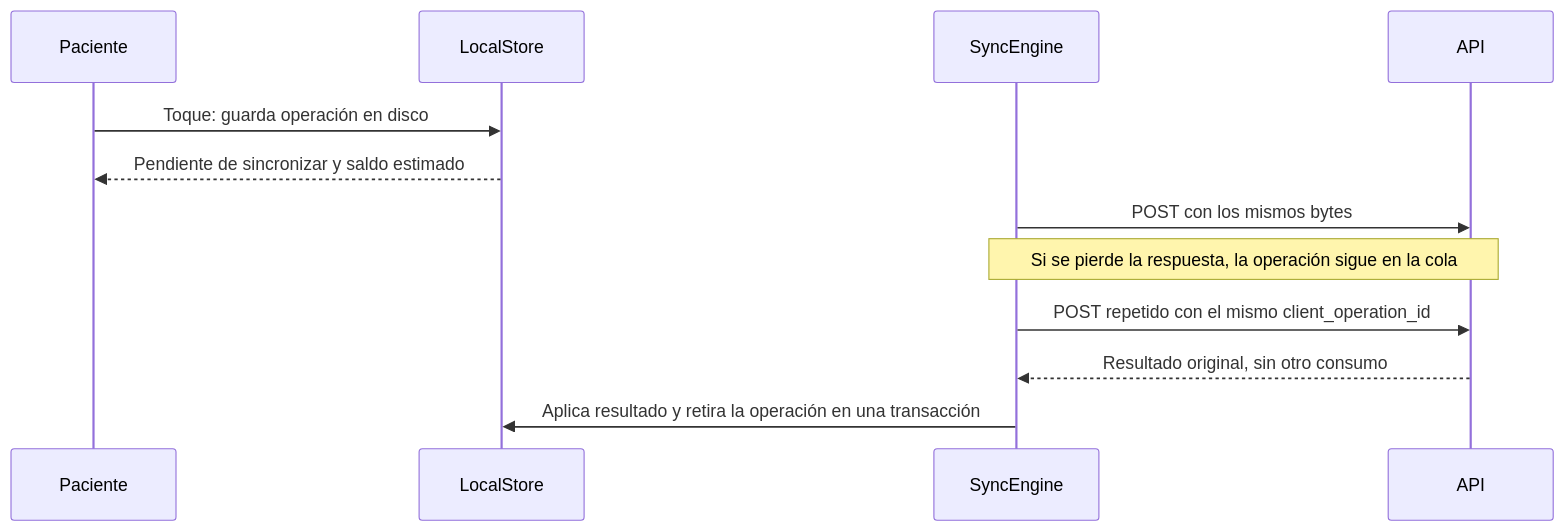
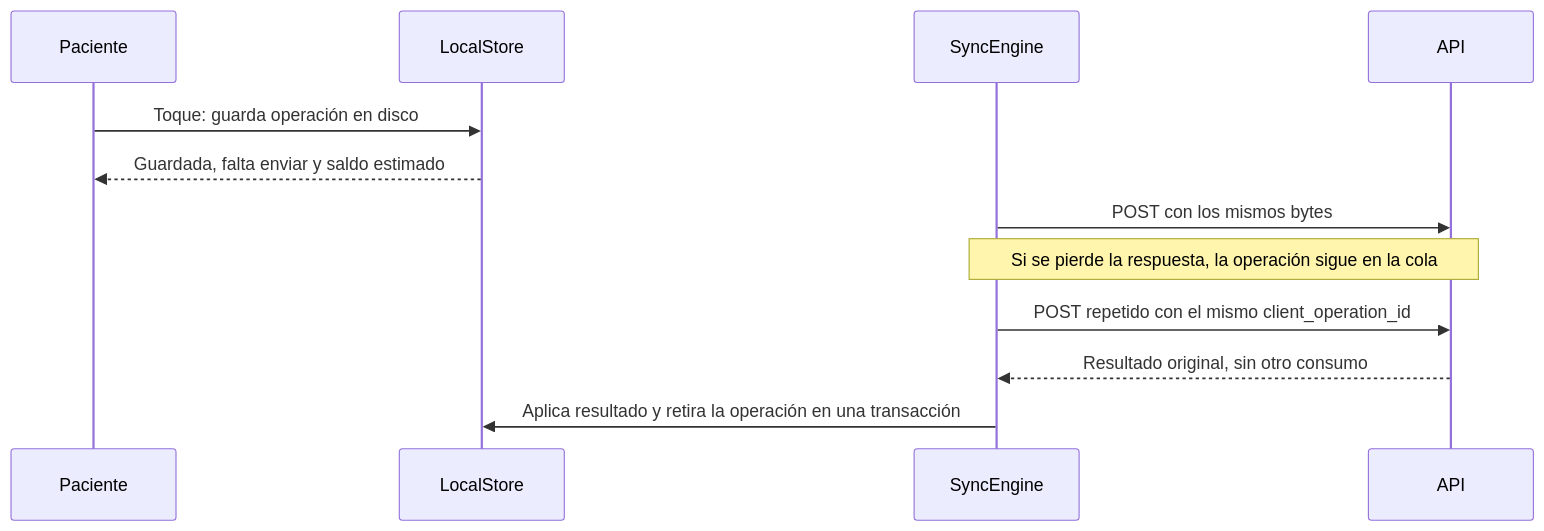
The second of 2 diagrams in apps/ios/docs/00-home.md (Nandem1/nndsk-medication-tracker), drawn with Mermaid before and after one commit. The commit also changed other lines of this file and 55 other files, not shown here.

First line of the commit message:
feat(design): implement Graphite redesign in iOS, Android and web

````diff
--- a/apps/ios/docs/00-home.md
+++ b/apps/ios/docs/00-home.md
@@ -26,14 +26,14 @@
 ```mermaid
 sequenceDiagram
     participant P as Paciente
     participant S as LocalStore
     participant E as SyncEngine
     participant A as API
     P->>S: Toque: guarda operación en disco
-    S-->>P: Pendiente de sincronizar y saldo estimado
+    S-->>P: Guardada, falta enviar y saldo estimado
     E->>A: POST con los mismos bytes
     Note over E,A: Si se pierde la respuesta, la operación sigue en la cola
     E->>A: POST repetido con el mismo client_operation_id
     A-->>E: Resultado original, sin otro consumo
     E->>S: Aplica resultado y retira la operación en una transacción
 ```
````
